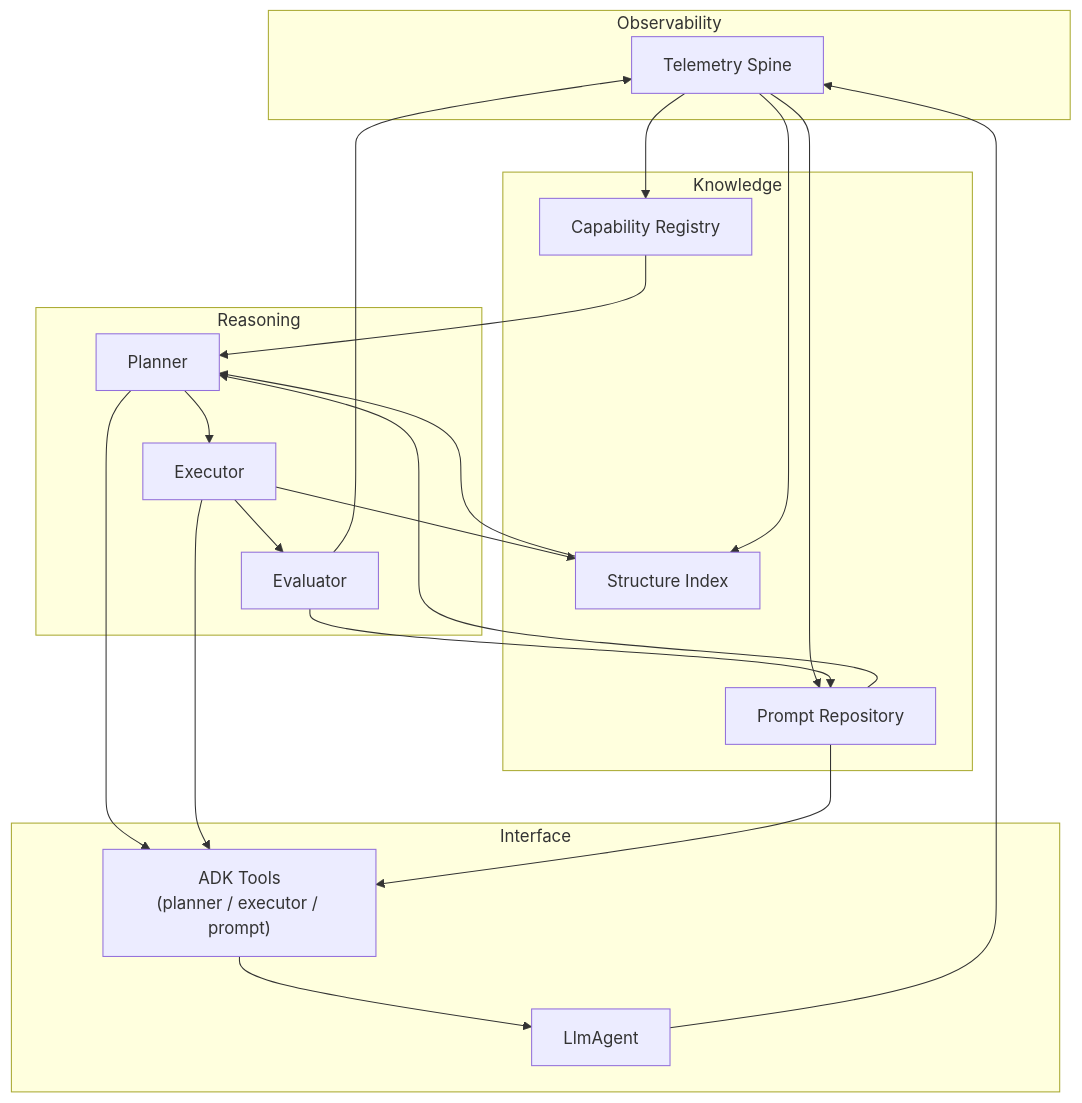
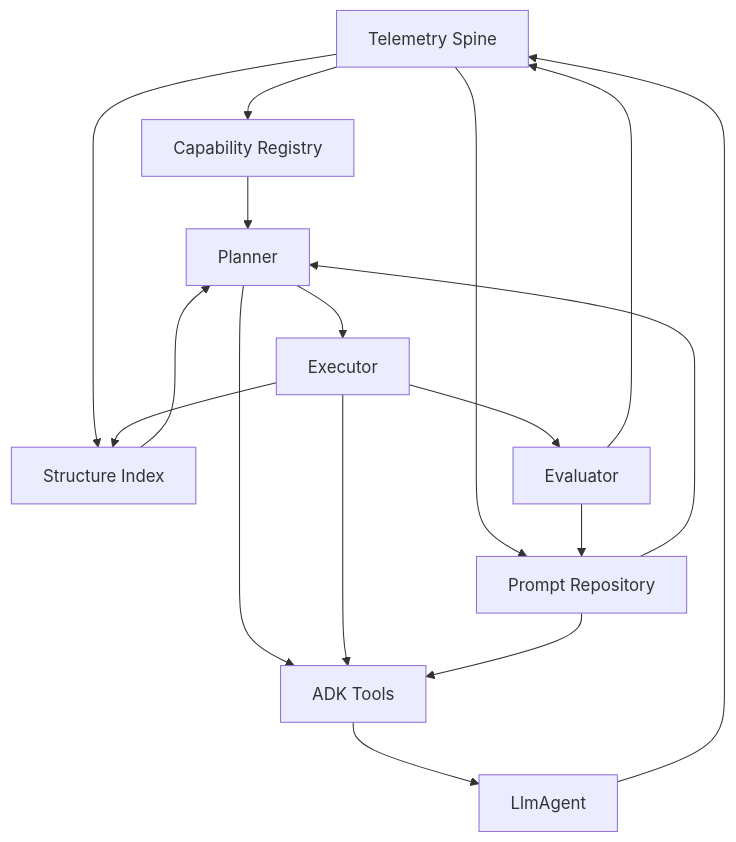
Before and after one commit to Mineric/canister: the diagram in docs/self_evolution_architecture.md, drawn with Mermaid.

Commit message:
Added HLD: mermaid syntax fix & expand the size

````diff
--- a/docs/self_evolution_architecture.md
+++ b/docs/self_evolution_architecture.md
@@ -7,43 +7,32 @@
 ```mermaid
 flowchart TD
-    subgraph Observability
-        telemetry[Telemetry Spine]
-    end
-
-    subgraph Knowledge
-        structure[Structure Index]
-        prompts[Prompt Repository]
-        capabilities[Capability Registry]
-    end
-
-    subgraph Reasoning
-        planner[Planner]
-        executor[Executor]
-        evaluator[Evaluator]
-    end
-
-    subgraph Interface
-    tools["ADK Tools<br/>(planner / executor / prompt)"]
+    telemetry[Telemetry Spine]
+    structure[Structure Index]
+    prompts[Prompt Repository]
+    capabilities[Capability Registry]
+    planner[Planner]
+    executor[Executor]
+    evaluator[Evaluator]
+    tools[ADK Tools]
     agent[LlmAgent]
-    end
 
     telemetry --> capabilities
     telemetry --> structure
     telemetry --> prompts
 
     capabilities --> planner
     structure --> planner
     prompts --> planner
 
     planner --> executor
     executor --> evaluator
     evaluator --> telemetry
     executor --> structure
     evaluator --> prompts
 
     planner --> tools
     executor --> tools
     prompts --> tools
     tools --> agent
     agent --> telemetry
 ```
````
